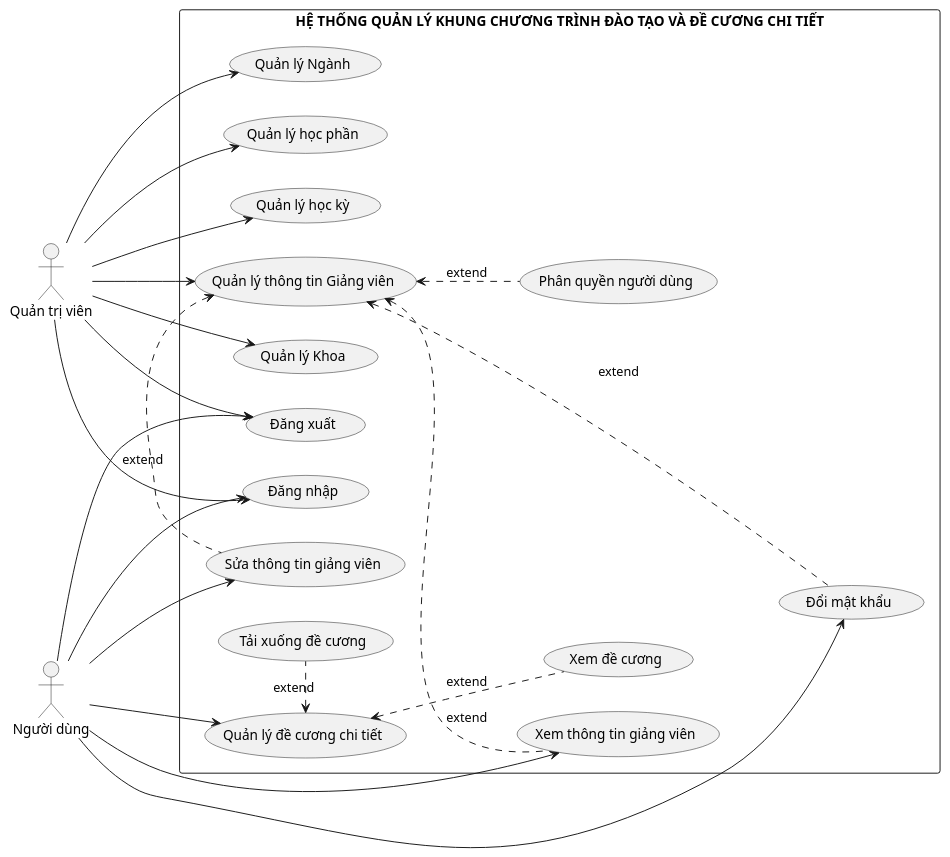
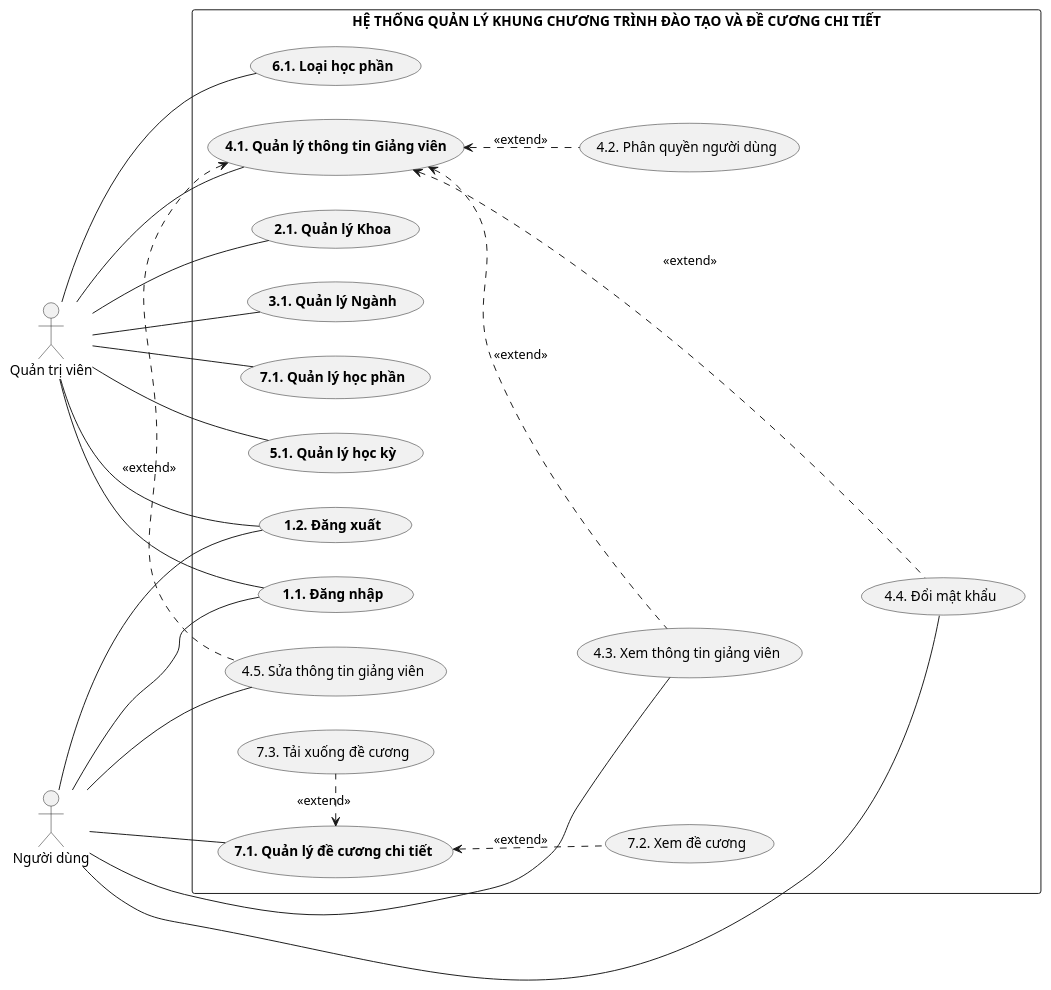
The diagram in Diagrams/UseCase.plantuml (NhanNguyen1152/_EduSystem), drawn with PlantUML before and after one commit.

```diff
--- a/Diagrams/UseCase.plantuml
+++ b/Diagrams/UseCase.plantuml
@@ -1,50 +1,52 @@
 @startuml uc
 'skinparam linetype ortho
 'scale  2/3
 left to right direction
 actor "Quản trị viên" as ad
 actor "Người dùng" as us
 
-rectangle "HỆ THỐNG QUẢN LÝ KHUNG CHƯƠNG TRÌNH ĐÀO TẠO VÀ ĐỀ CƯƠNG CHI TIẾT" {
-  usecase "Đăng xuất" as dx
-  usecase "Quản lý thông tin Giảng viên" as qlttgv
-  usecase "Đăng nhập" as dn
-  usecase "Quản lý đề cương chi tiết" as qldcct
+rectangle "**HỆ THỐNG QUẢN LÝ KHUNG CHƯƠNG TRÌNH ĐÀO TẠO VÀ ĐỀ CƯƠNG CHI TIẾT**" {
+  usecase "**1.2. Đăng xuất**" as dx
+  usecase "**4.1. Quản lý thông tin Giảng viên**" as qlttgv
+  usecase "**1.1. Đăng nhập**" as dn
+  usecase "**7.1. Quản lý đề cương chi tiết**" as qldcct
   'usecase "Quản lý chương trình đạo tạo" as qlctdt
-  usecase "Xem thông tin giảng viên" as xttgv
-  usecase "Sửa thông tin giảng viên" as sttgv
-  usecase "Đổi mật khẩu" as dmk
-  usecase "Tải xuống đề cương" as txdc
-  usecase "Xem đề cương" as xdc
+  usecase "4.3. Xem thông tin giảng viên" as xttgv
+  usecase "4.5. Sửa thông tin giảng viên" as sttgv
+  usecase "4.4. Đổi mật khẩu" as dmk
+  usecase "7.3. Tải xuống đề cương" as txdc
+  usecase "7.2. Xem đề cương" as xdc
   'usecase "Xem chương trình đào tạo" as xctdt
-  usecase "Quản lý Khoa" as qlk
-  usecase "Quản lý Ngành" as qln
-  usecase "Quản lý học phần" as qlhp
-  usecase "Quản lý học kỳ" as qlhk
+  usecase "**2.1. Quản lý Khoa**" as qlk
+  usecase "**3.1. Quản lý Ngành**" as qln
+  usecase "**7.1. Quản lý học phần**" as qlhp
+  usecase "**5.1. Quản lý học kỳ**" as qlhk
   ' quantrivien
-  usecase "Phân quyền người dùng" as pqnd
+  usecase "4.2. Phân quyền người dùng" as pqnd
+  usecase "**6.1. Loại học phần**" as lhp
 }
 
-us --> dn
-ad -> dn
-qlttgv <.. xttgv : extend
-qlttgv <... dmk : extend
-qlttgv <. sttgv : extend
-us -> xttgv
-us --> dmk
-us -> sttgv
-qldcct <. txdc : extend
-qldcct <.. xdc : extend
-qlttgv <.. pqnd : extend
-ad --> qlttgv
-ad --> dx
-us -> dx
-'qlctdt <. xctdt : extend
+us -- dn
+ad - dn
+qlttgv <.. xttgv : <<extend>>
+qlttgv <... dmk : <<extend>>
+qlttgv <. sttgv : <<extend>>
+us - xttgv
+us -- dmk
+us - sttgv
+qldcct <. txdc : <<extend>>
+qldcct <.. xdc : <<extend>>
+qlttgv <.. pqnd : <<extend>>
+ad -- qlttgv
+ad -- dx
+us - dx
+'qlctdt <. xctdt : <<extend>>
 'us --> xctdt
-us -> qldcct
-ad -> qlk
-ad -> qln
-ad -> qlhp
-ad -> qlhk
+us - qldcct
+ad - qlk
+ad - qln
+ad - qlhp
+ad - qlhk
+ad - lhp
 
 @enduml
```
